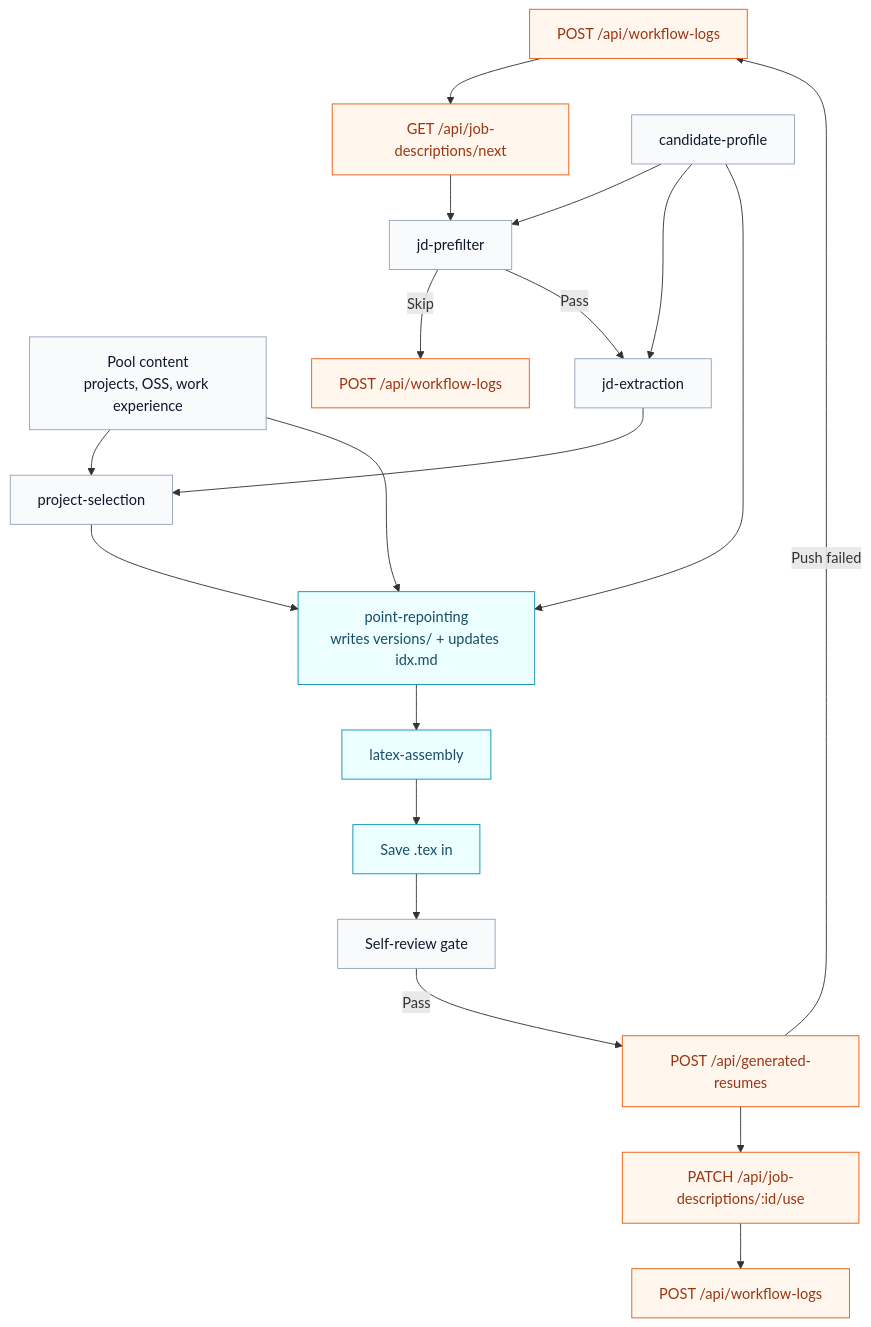
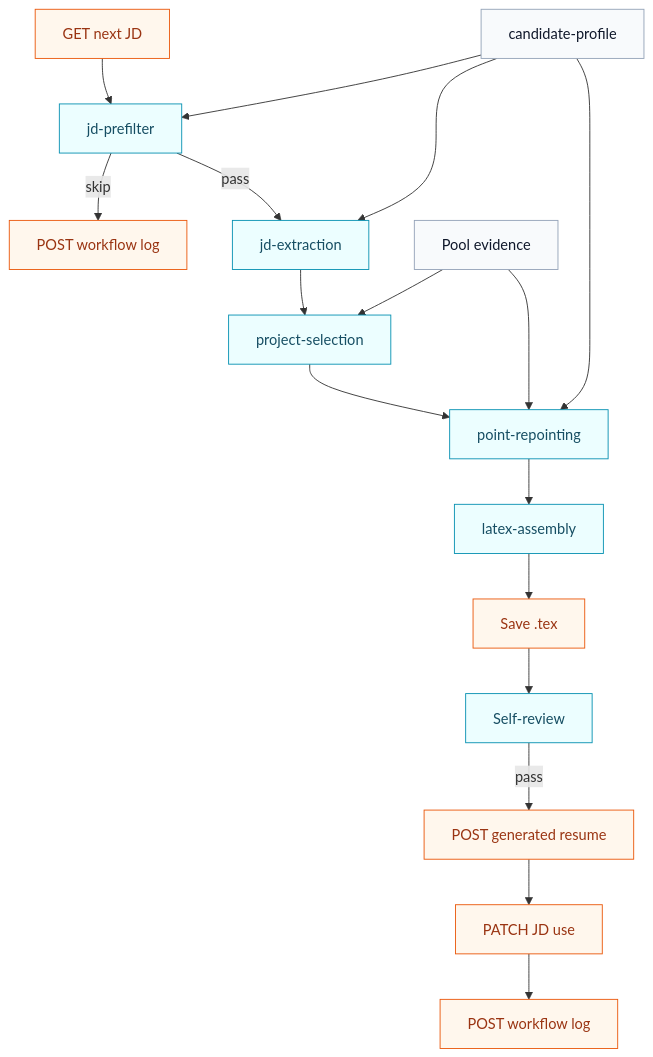
Before and after one commit to Aryan1718/hermes-autonomous-resume: the second of 2 diagrams in docs-site/docs/resume-agent/how-it-works.md, drawn with Mermaid. The commit also changed other lines of this file and 21 other files, not shown here.

````diff
--- a/docs-site/docs/resume-agent/how-it-works.md
+++ b/docs-site/docs/resume-agent/how-it-works.md
@@ -40,25 +65,24 @@
 ```mermaid
 flowchart TD
-  classDef readonly fill:#f8fafc,stroke:#94a3b8,color:#0f172a,stroke-width:1px;
-  classDef write fill:#ecfeff,stroke:#0891b2,color:#164e63,stroke-width:1px;
+  classDef input fill:#f8fafc,stroke:#94a3b8,color:#0f172a,stroke-width:1px;
+  classDef stage fill:#ecfeff,stroke:#0891b2,color:#164e63,stroke-width:1px;
   classDef api fill:#fff7ed,stroke:#ea580c,color:#9a3412,stroke-width:1px;
 
-  O[resume-pipeline-orchestrator]:::readonly --> B[GET /api/job-descriptions/next]:::api
-  C[Pool content<br/>projects, OSS, work experience]:::readonly --> F[project-selection]:::readonly
-  B --> D[jd-prefilter]:::readonly
-  A[candidate-profile]:::readonly --> D
-  D -->|Skip| E[POST /api/workflow-logs]:::api
-  D -->|Pass| G[jd-extraction]:::readonly
-  A --> G
-  G --> F
-  F --> H[point-repointing<br/>writes versions/ + updates idx.md]:::write
-  A --> H
-  C --> H
-  H --> I[latex-assembly]:::write
-  I --> J[Save .tex in <RESUMES_DIR>]:::write
-  J --> K[Self-review gate]:::readonly
-  K -->|Pass| L[POST /api/generated-resumes]:::api
-  L --> M[PATCH /api/job-descriptions/:id/use]:::api
-  M --> N[POST /api/workflow-logs]:::api
-  L -->|Push failed| O[POST /api/workflow-logs]:::api
+  A[GET next JD]:::api --> B[jd-prefilter]:::stage
+  B -->|skip| C[POST workflow log]:::api
+  B -->|pass| D[jd-extraction]:::stage
+  D --> E[project-selection]:::stage
+  E --> F[point-repointing]:::stage
+  F --> G[latex-assembly]:::stage
+  G --> H[Save .tex]:::api
+  H --> I[Self-review]:::stage
+  I -->|pass| J[POST generated resume]:::api
+  J --> K[PATCH JD use]:::api
+  K --> L[POST workflow log]:::api
+
+  M[candidate-profile]:::input --> B
+  M --> D
+  M --> F
+  N[Pool evidence]:::input --> E
+  N --> F
 ```
````
